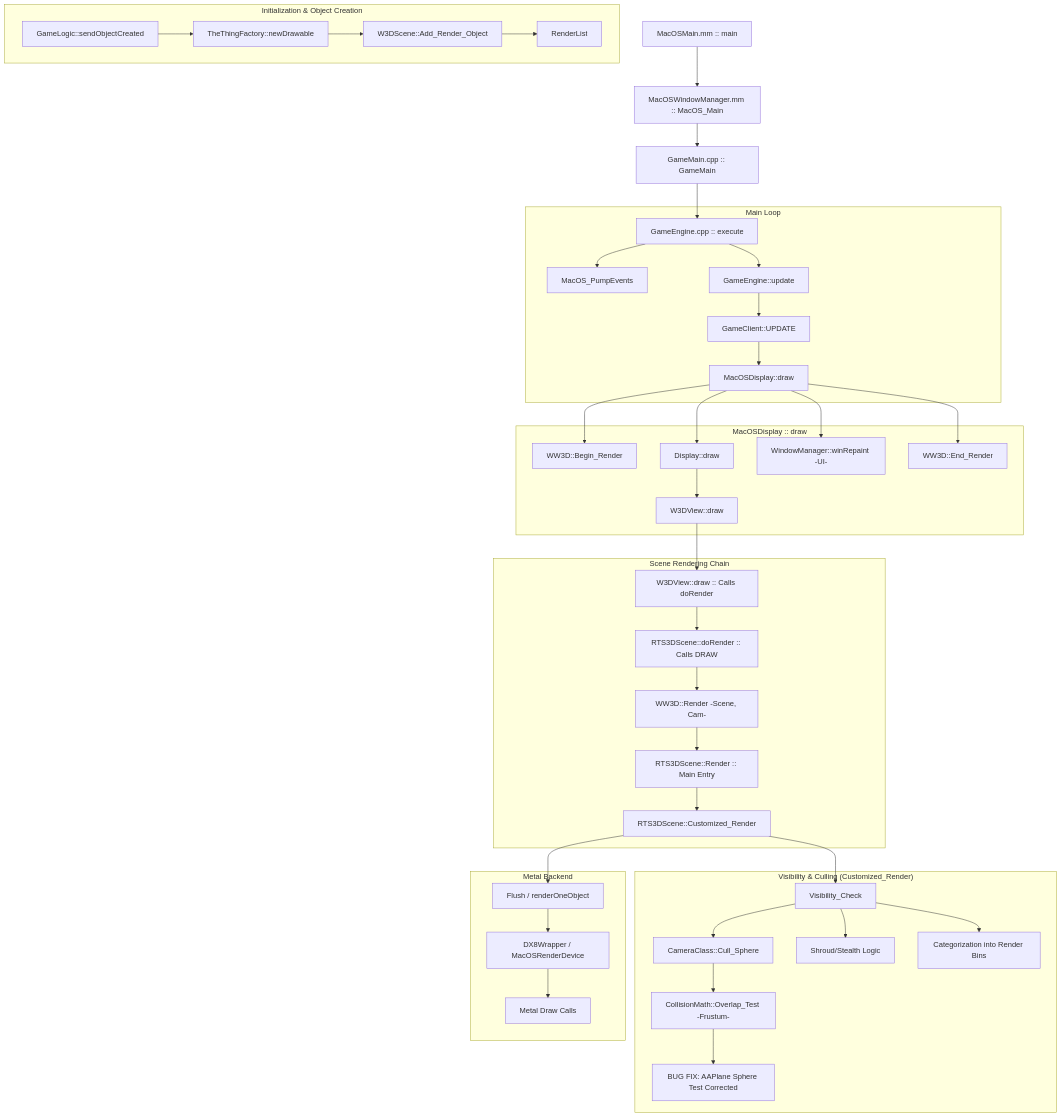
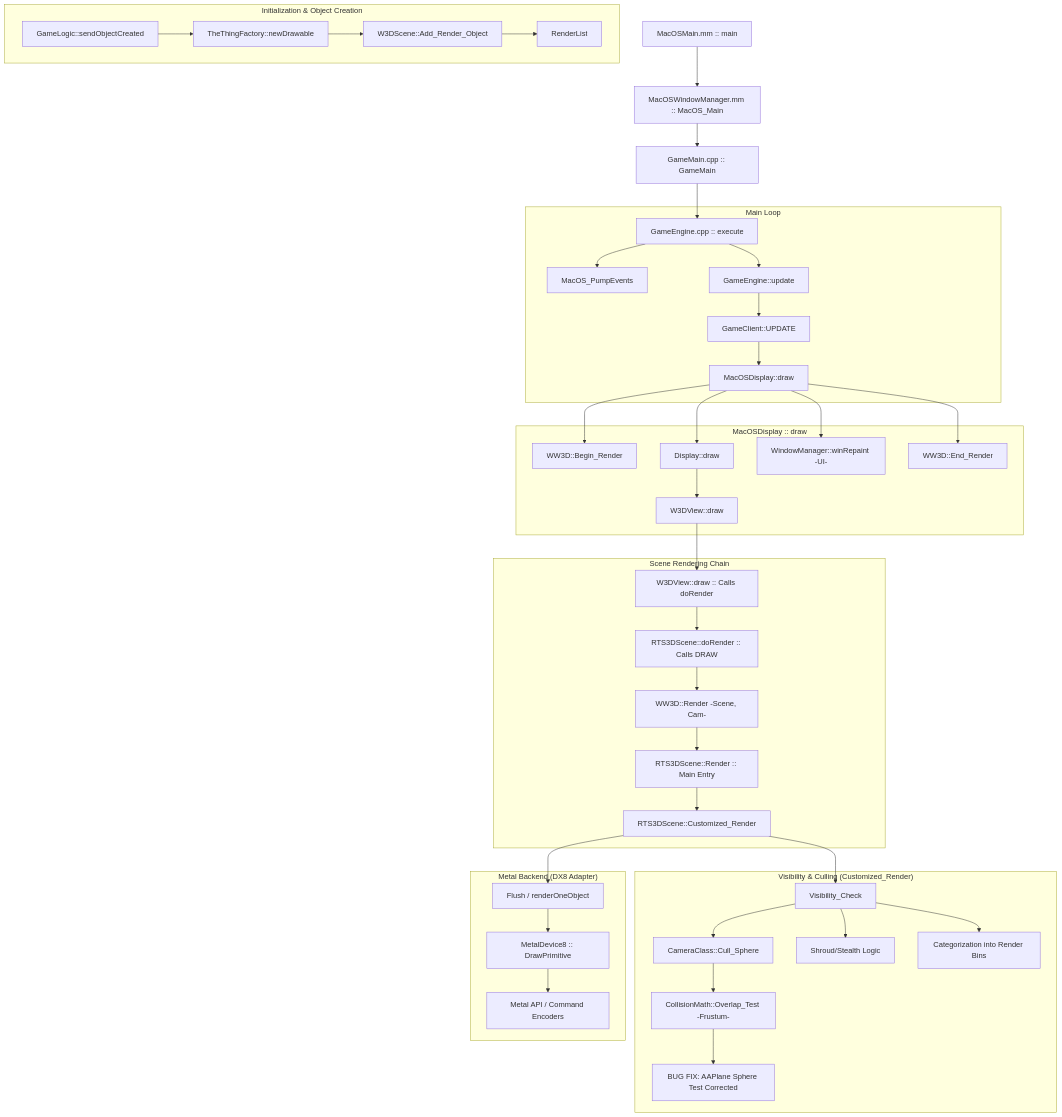
The diagram in RENDERING_FLOW.md (Okladnoj/GeneralsGameCode), drawn with Mermaid before and after one commit. The commit also changed other lines of this file and 16 other files, not shown here.

First line of the commit message:
feat(macos): implement Metal DirectX 8 Adapter (Stage 0)

````diff
--- a/RENDERING_FLOW.md
+++ b/RENDERING_FLOW.md
@@ -7,50 +7,50 @@
 ```mermaid
 graph TD
     A[MacOSMain.mm :: main] --> B[MacOSWindowManager.mm :: MacOS_Main]
     B --> C[GameMain.cpp :: GameMain]
     C --> D[GameEngine.cpp :: execute]
     
     subgraph "Initialization & Object Creation"
         D1[GameLogic::sendObjectCreated] --> D2[TheThingFactory::newDrawable]
         D2 --> D3[W3DScene::Add_Render_Object]
         D3 --> RenderList[RenderList]
     end
 
     subgraph "Main Loop"
         D --> E[MacOS_PumpEvents]
         D --> F[GameEngine::update]
         F --> G[GameClient::UPDATE]
         G --> H[MacOSDisplay::draw]
     end
 
     subgraph "MacOSDisplay :: draw"
         H --> H1[WW3D::Begin_Render]
         H --> H2[Display::draw]
         H2 --> H3[W3DView::draw]
         H --> H4[WindowManager::winRepaint -UI-]
         H --> H5[WW3D::End_Render]
     end
 
     subgraph "Scene Rendering Chain"
         H3 --> I[W3DView::draw :: Calls doRender]
         I --> J[RTS3DScene::doRender :: Calls DRAW]
         J --> K[WW3D::Render -Scene, Cam-]
         K --> L[RTS3DScene::Render :: Main Entry]
         L --> M[RTS3DScene::Customized_Render]
     end
 
     subgraph "Visibility & Culling (Customized_Render)"
         M --> N[Visibility_Check]
         N --> N1[CameraClass::Cull_Sphere]
         N1 --> N2[CollisionMath::Overlap_Test -Frustum-]
         N2 --> N3[BUG FIX: AAPlane Sphere Test Corrected]
         N --> O[Shroud/Stealth Logic]
         N --> P[Categorization into Render Bins]
     end
 
-    subgraph "Metal Backend"
+    subgraph "Metal Backend (DX8 Adapter)"
         M --> Q[Flush / renderOneObject]
-        Q --> R[DX8Wrapper / MacOSRenderDevice]
-        R --> S[Metal Draw Calls]
+        Q --> R[MetalDevice8 :: DrawPrimitive]
+        R --> S[Metal API / Command Encoders]
     end
 ```
````
